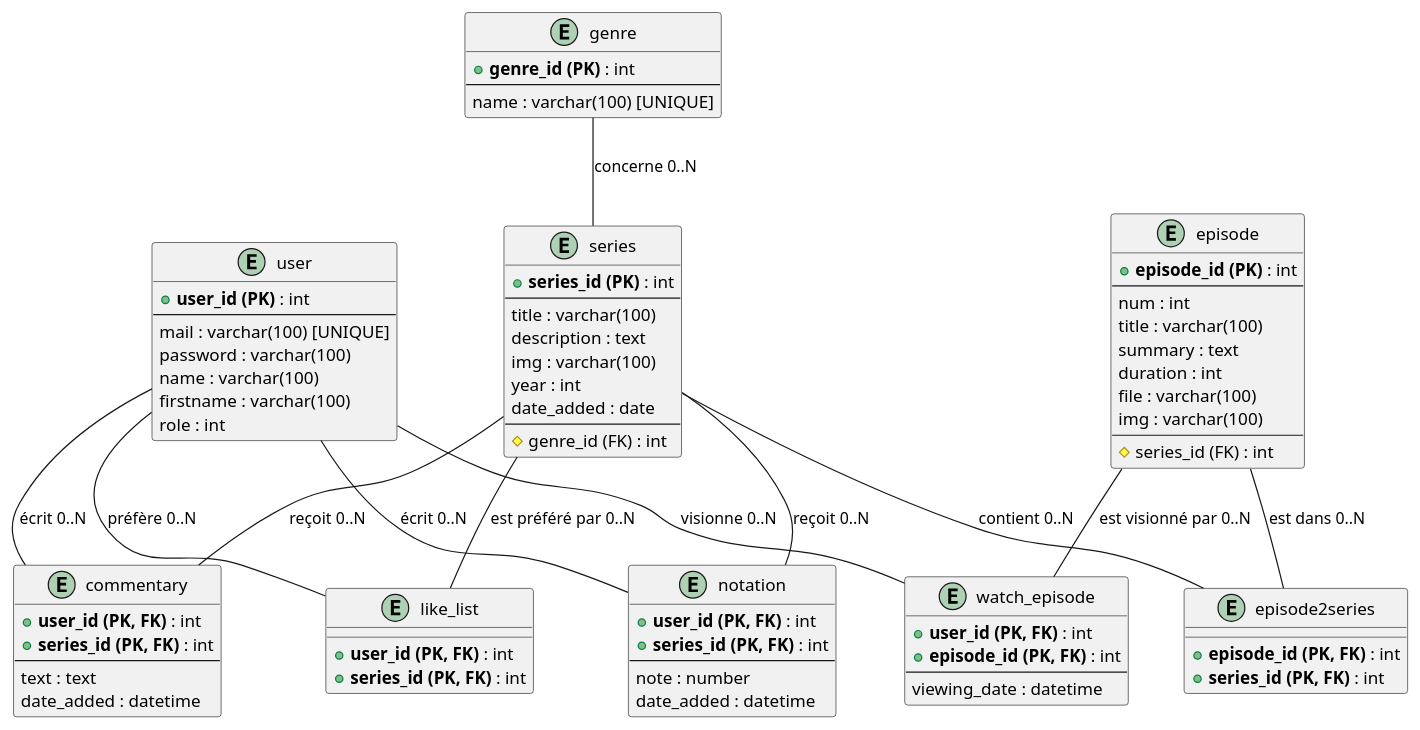
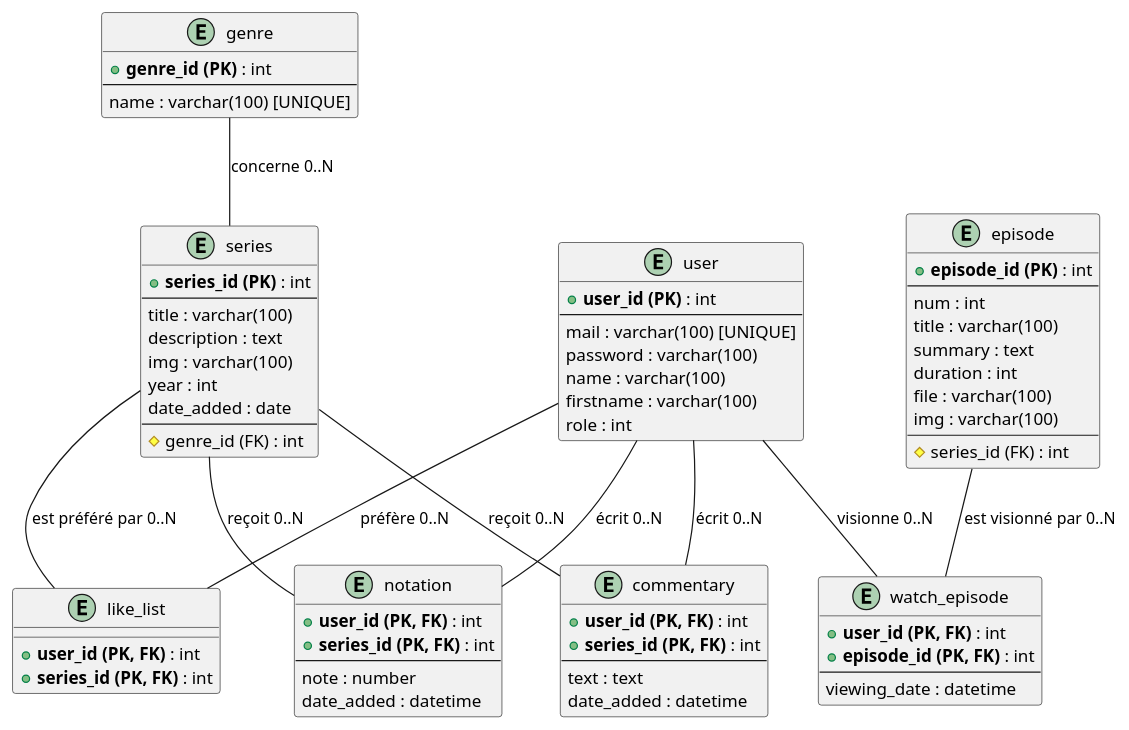
Before and after one commit to Adri1-13/OnlyFilms: the diagram in sql/UMLbd.puml, drawn with PlantUML.

Commit message:
puml vraiment fini, vraiment

```diff
--- a/sql/UMLbd.puml
+++ b/sql/UMLbd.puml
@@ -1,102 +1,95 @@
 @startuml
 
 ' Définition des tables
 
 entity "user" as User {
   + **user_id (PK)** : int
   --
   mail : varchar(100) [UNIQUE]
   password : varchar(100)
   name : varchar(100)
   firstname : varchar(100)
   role : int
 }
 
 entity "series" as Series {
   + **series_id (PK)** : int
   --
   title : varchar(100)
   description : text
   img : varchar(100)
   year : int
   date_added : date
   --
   # genre_id (FK) : int
 }
 
 entity "episode" as Episode {
   + **episode_id (PK)** : int
   --
   num : int
   title : varchar(100)
   summary : text
   duration : int
   file : varchar(100)
   img : varchar(100)
   --
   # series_id (FK) : int
 }
 
 entity "genre" as Genre {
   + **genre_id (PK)** : int
   --
   name : varchar(100) [UNIQUE]
 }
 
 ' Tables d'association
 
 entity "commentary" as Commentary {
   + **user_id (PK, FK)** : int
   + **series_id (PK, FK)** : int
   --
   text : text
   date_added : datetime
 }
 
 entity "notation" as Notation {
   + **user_id (PK, FK)** : int
   + **series_id (PK, FK)** : int
   --
   note : number
   date_added : datetime
 }
 
-entity "episode2series" as Episode2Series {
-  + **episode_id (PK, FK)** : int
-  + **series_id (PK, FK)** : int
-}
-
 entity "like_list" as LikeList {
   + **user_id (PK, FK)** : int
   + **series_id (PK, FK)** : int
 }
 
 entity "watch_episode" as WatchEpisode {
   + **user_id (PK, FK)** : int
   + **episode_id (PK, FK)** : int
   --
   viewing_date : datetime
 }
 
 
 ' Définition des relations
 Genre -- Series : "concerne 0..N"
 
 
 ' Tables de liaison
 User -- Commentary : "écrit 0..N"
 Series -- Commentary : "reçoit 0..N"
 
 User -- Notation : "écrit 0..N"
 Series -- Notation : "reçoit 0..N"
 
 User -- LikeList : "préfère 0..N"
 Series -- LikeList : "est préféré par 0..N"
 
 User -- WatchEpisode : "visionne 0..N"
 Episode -- WatchEpisode : "est visionné par 0..N"
 
-Series -- Episode2Series : "contient 0..N"
-Episode -- Episode2Series : "est dans 0..N"
 
 @enduml
```
